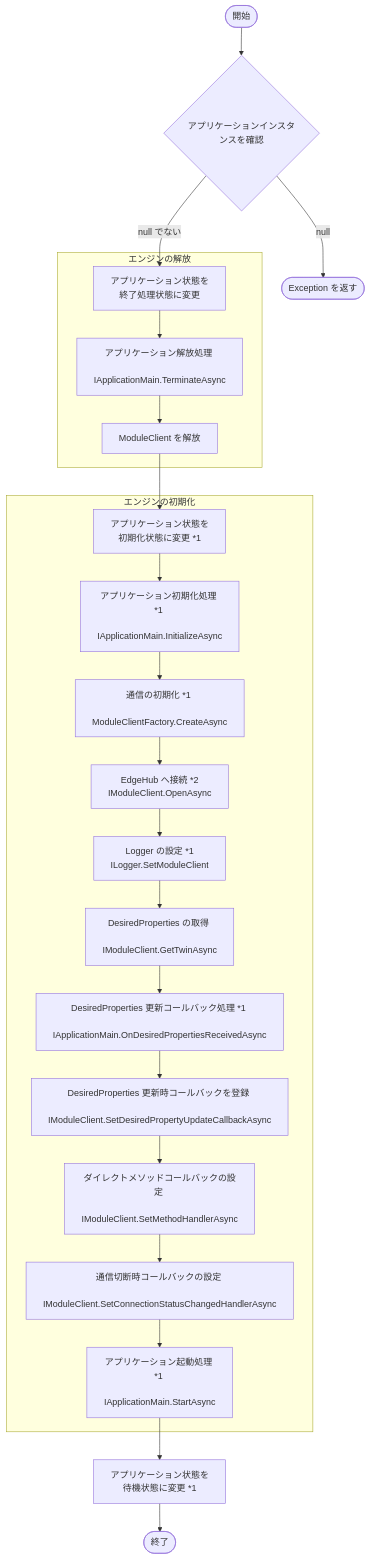
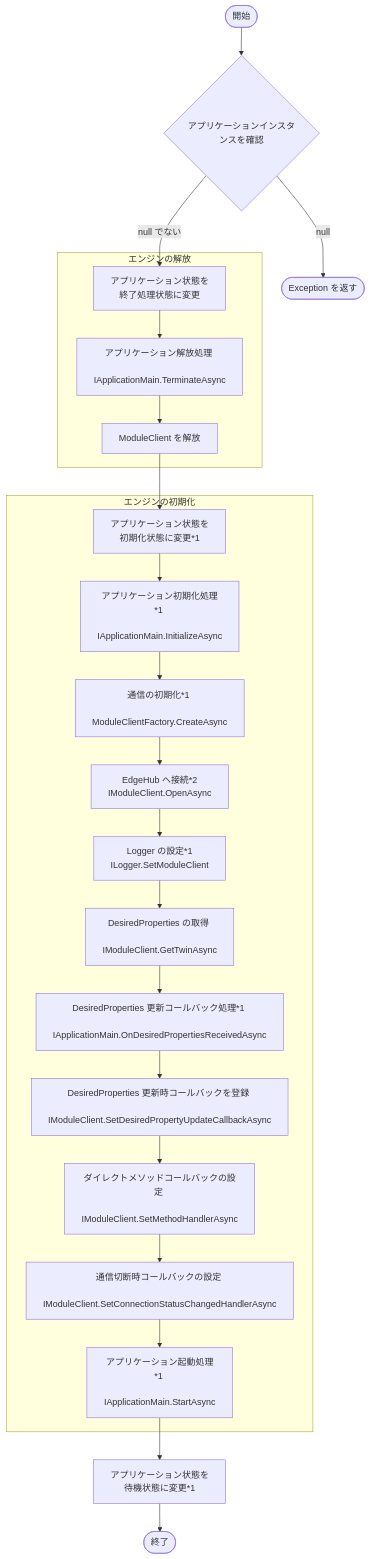
Before and after one commit to Project-GAUDI/GAUDI-Commons: the fourth of 5 diagrams in src/docs/internal-spec.md, drawn with Mermaid. The commit also changed other lines of this file and 111 other files, not shown here.

```diff
--- a/src/docs/internal-spec.md
+++ b/src/docs/internal-spec.md
@@ -137,44 +137,44 @@
 :::mermaid
 flowchart TD
 Start(["開始"])
 Start-->S1
 S1{"アプリケーションインスタンスを確認"}
 S1-->|null|Exception
 S1-->|null でない|C1
 subgraph "エンジンの解放"
 C1["アプリケーション状態を <br> 終了処理状態に変更"]
 C1-->C2
 C2["アプリケーション解放処理 <br> IApplicationMain.TerminateAsync"]
 C2-->C3
 C3["ModuleClient を解放"]
 end
 C3-->A1
 subgraph "エンジンの初期化"
-A1["アプリケーション状態を <br> 初期化状態に変更 *1"]
+A1["アプリケーション状態を <br> 初期化状態に変更*1"]
 A1-->A2
-A2["アプリケーション初期化処理 *1 <br> IApplicationMain.InitializeAsync"]
+A2["アプリケーション初期化処理*1 <br> IApplicationMain.InitializeAsync"]
 A2-->A3
-A3["通信の初期化 *1 <br> ModuleClientFactory.CreateAsync"]
+A3["通信の初期化*1 <br> ModuleClientFactory.CreateAsync"]
 A3-->A4
-A4["EdgeHub へ接続 *2 <br> IModuleClient.OpenAsync"]
+A4["EdgeHub へ接続*2 <br> IModuleClient.OpenAsync"]
 A4-->A5
-A5["Logger の設定 *1 <br> ILogger.SetModuleClient"]
+A5["Logger の設定*1 <br> ILogger.SetModuleClient"]
 A5-->A7
 A7["DesiredProperties の取得 <br> IModuleClient.GetTwinAsync"]
 A7-->A8
-A8["DesiredProperties 更新コールバック処理 *1 <br> IApplicationMain.OnDesiredPropertiesReceivedAsync"]
+A8["DesiredProperties 更新コールバック処理*1 <br> IApplicationMain.OnDesiredPropertiesReceivedAsync"]
 A8-->A9
 A9["DesiredProperties 更新時コールバックを登録 <br> IModuleClient.SetDesiredPropertyUpdateCallbackAsync"]
 A9-->A10
 A10["ダイレクトメソッドコールバックの設定 <br> IModuleClient.SetMethodHandlerAsync"]
 A10-->A11
 A11["通信切断時コールバックの設定 <br> IModuleClient.SetConnectionStatusChangedHandlerAsync"]
 A11-->A12
-A12["アプリケーション起動処理 *1 <br> IApplicationMain.StartAsync"]
+A12["アプリケーション起動処理*1 <br> IApplicationMain.StartAsync"]
 end
 A12-->B1
-B1["アプリケーション状態を <br> 待機状態に変更 *1"]
+B1["アプリケーション状態を <br> 待機状態に変更*1"]
 B1-->Finish
 Finish(["終了"])
 Exception(["Exception を返す"])
 :::
```
